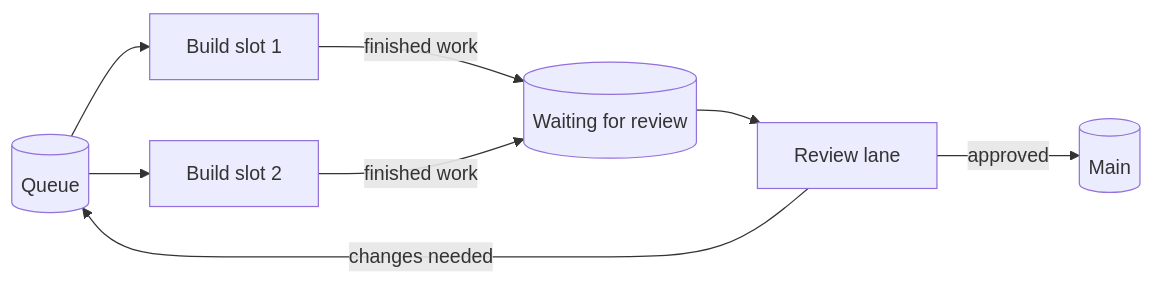
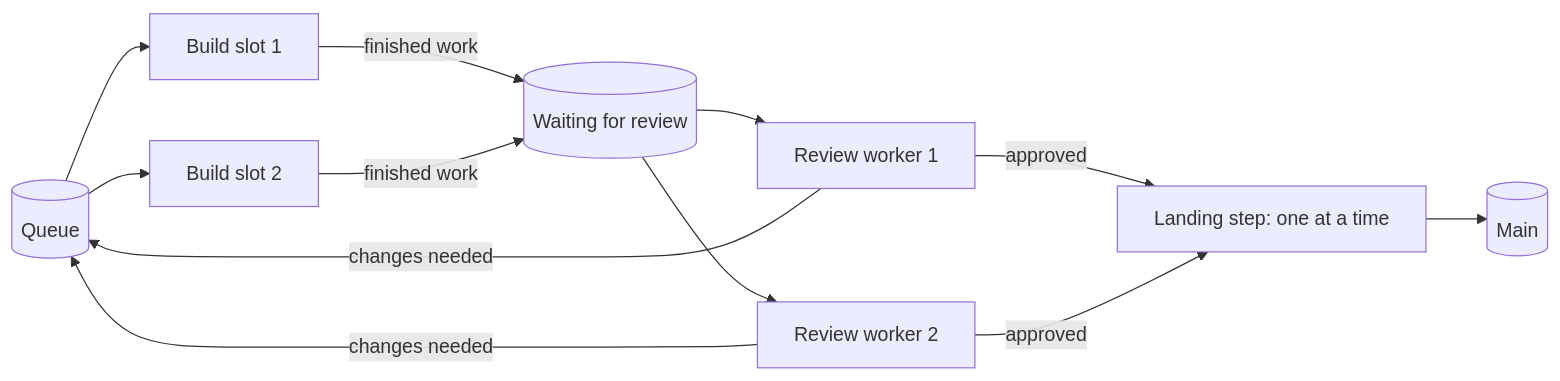
Before and after one commit to shinyredapples/intakt: the first of 4 diagrams in docs/guide/the-engine-room.md, drawn with Mermaid. The commit also changed other lines of this file and 2 other files, not shown here.

Commit message:
docs: show parallel review workers in the guide, check container failures in full on merge

````diff
--- a/docs/guide/the-engine-room.md
+++ b/docs/guide/the-engine-room.md
@@ -14,10 +15,14 @@
 ```mermaid
 flowchart LR
   q[(Queue)] --> s1[Build slot 1]
   q --> s2[Build slot 2]
   s1 -- finished work --> rq[(Waiting for review)]
   s2 -- finished work --> rq
-  rq --> rl[Review lane]
-  rl -- approved --> main[(Main)]
-  rl -- changes needed --> q
+  rq --> r1[Review worker 1]
+  rq --> r2[Review worker 2]
+  r1 -- approved --> land[Landing step: one at a time]
+  r2 -- approved --> land
+  land --> main[(Main)]
+  r1 -- changes needed --> q
+  r2 -- changes needed --> q
 ```
````
